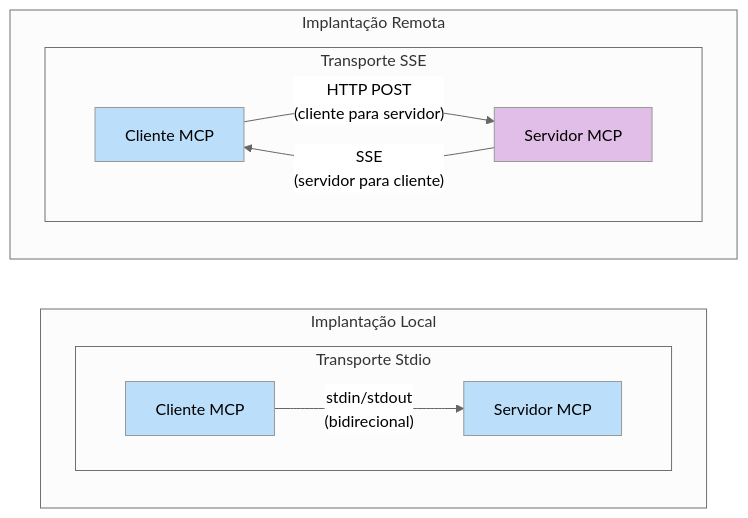
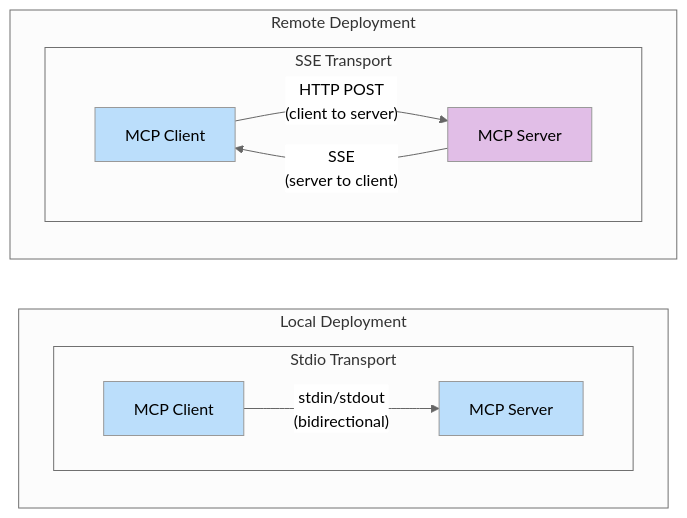
Before and after one commit to luizweb/ai-dev: the second of 2 diagrams in mcp/README.md, drawn with Mermaid. The commit also changed other lines of this file and 10 other files, not shown here.

````diff
--- a/mcp/README.md
+++ b/mcp/README.md
@@ -113,30 +100,30 @@
 ```mermaid
 ---
 config:
   theme: neutral
   look: classic
   layout: dagre
 ---
 flowchart LR
- subgraph Stdio["Transporte Stdio"]
-        Client1["Cliente MCP"]
-        Server1["Servidor MCP"]
+ subgraph Stdio["Stdio Transport"]
+        Client1["MCP Client"]
+        Server1["MCP Server"]
   end
- subgraph SSE["Transporte SSE"]
-        Client2["Cliente MCP"]
-        Server2["Servidor MCP"]
+ subgraph SSE["SSE Transport"]
+        Client2["MCP Client"]
+        Server2["MCP Server"]
   end
- subgraph Local["Implantação Local"]
+ subgraph Local["Local Deployment"]
         Stdio
   end
- subgraph Remote["Implantação Remota"]
+ subgraph Remote["Remote Deployment"]
         SSE
   end
-    Client1 -- stdin/stdout<br>(bidirecional) --> Server1
-    Client2 -- HTTP POST<br>(cliente para servidor) --> Server2
-    Server2 -- SSE<br>(servidor para cliente) --> Client2
+    Client1 -- stdin/stdout<br>(bidirectional) --> Server1
+    Client2 -- HTTP POST<br>(client to server) --> Server2
+    Server2 -- SSE<br>(server to client) --> Client2
     style Client1 fill:#BBDEFB
     style Server1 fill:#BBDEFB
     style Client2 fill:#BBDEFB
     style Server2 fill:#E1BEE7
 ```
````
